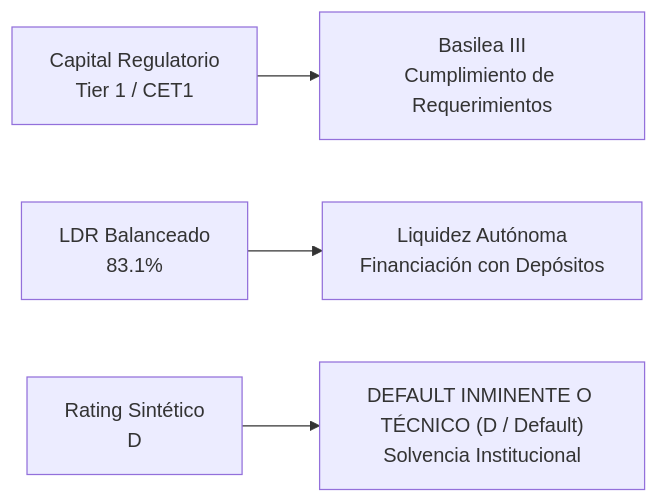
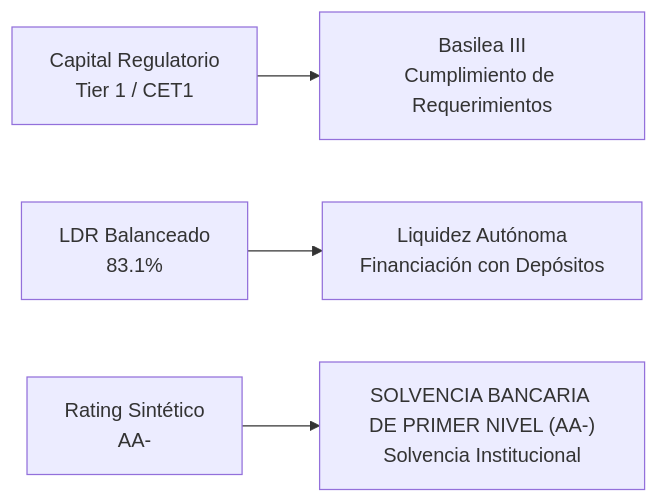
One commit to PabloS107/analisis-fundamental-acciones changed the diagram in data/processed/NU/Analisis_Resultados_Q2_2026_NU.md. Above: the diagram before and after it, drawn with Mermaid. The commit also changed other lines of this file and 49 other files, not shown here.

````diff
--- a/data/processed/NU/Analisis_Resultados_Q2_2026_NU.md
+++ b/data/processed/NU/Analisis_Resultados_Q2_2026_NU.md
@@ -594,6 +594,6 @@
 ```mermaid
 graph LR
     C["Capital Regulatorio<br>Tier 1 / CET1"] --> C1["Basilea III<br>Cumplimiento de Requerimientos"]
     L["LDR Balanceado<br>83.1%"] --> L1["Liquidez Autónoma<br>Financiación con Depósitos"]
-    R["Rating Sintético<br>D"] --> R1["DEFAULT INMINENTE O TÉCNICO (D / Default)<br>Solvencia Institucional"]
+    R["Rating Sintético<br>AA-"] --> R1["SOLVENCIA BANCARIA DE PRIMER NIVEL (AA-)<br>Solvencia Institucional"]
 ```
````
